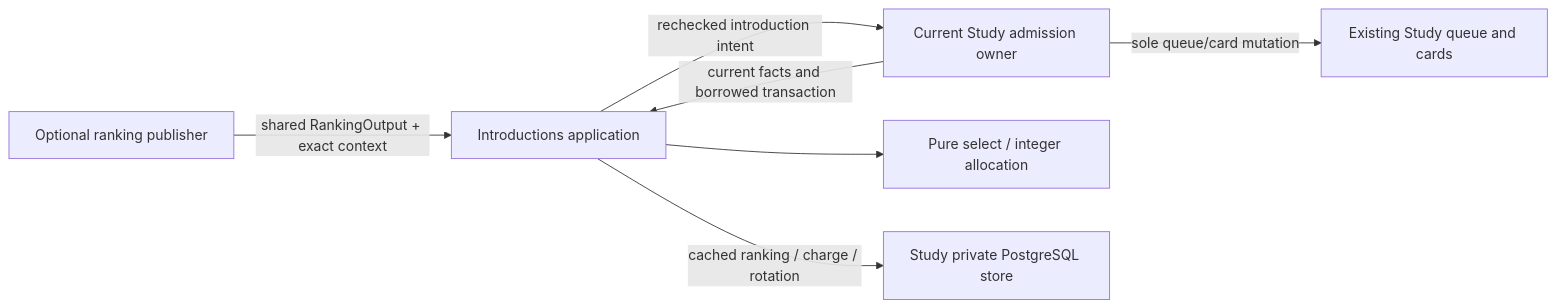
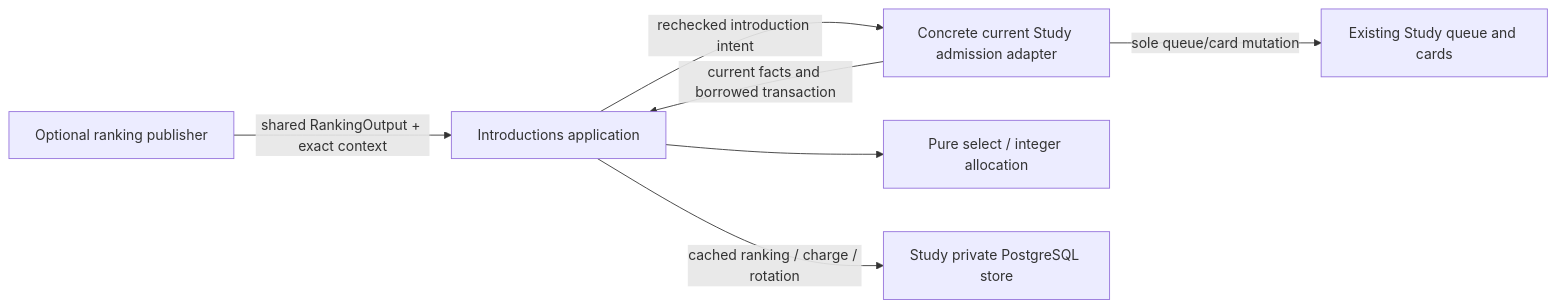
One commit to aaweaver-actuary/tempo changed the first of 2 diagrams in backend/app/study/introductions/README.md. Above: the diagram before and after it, drawn with Mermaid. The commit also changed other lines of this file and 5 other files, not shown here.

Commit message:
feat(study): add concrete fenced introduction admission adapter

````diff
--- a/backend/app/study/introductions/README.md
+++ b/backend/app/study/introductions/README.md
@@ -81,9 +135,9 @@
 ```mermaid
 flowchart LR
     Publisher[Optional ranking publisher] -->|shared RankingOutput + exact context| App[Introductions application]
-    Current[Current Study admission owner] -->|current facts and borrowed transaction| App
+    Current[Concrete current Study admission adapter] -->|current facts and borrowed transaction| App
     App --> Policy[Pure select / integer allocation]
     App -->|cached ranking / charge / rotation| Store[Study private PostgreSQL store]
     App -->|rechecked introduction intent| Current
     Current -->|sole queue/card mutation| Queue[Existing Study queue and cards]
 ```
````
